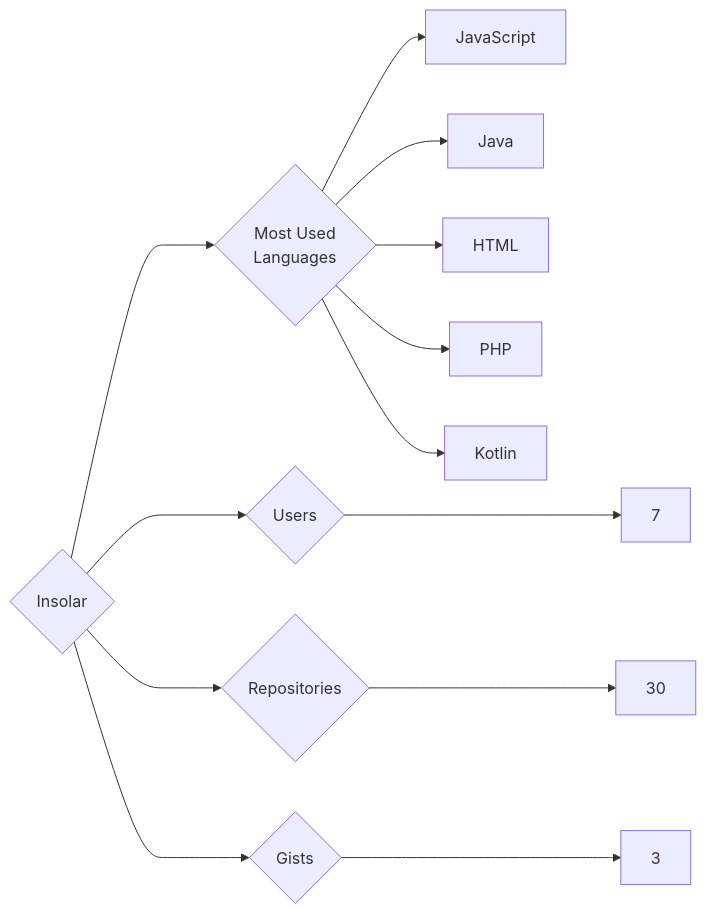
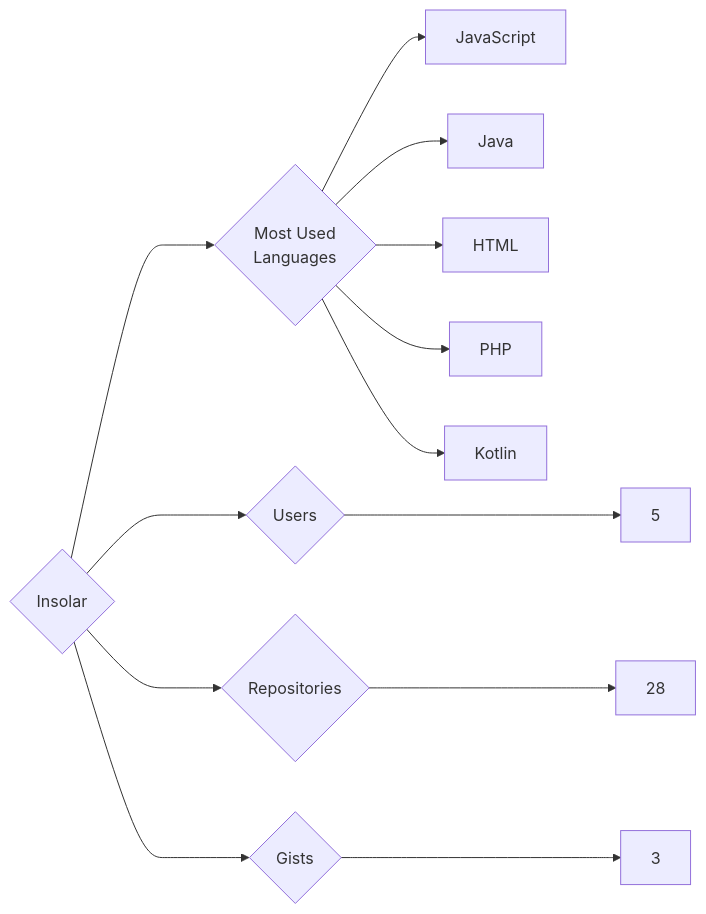
One commit to trickest/insiders changed the diagram in targets/Insolar/README.md. Above: the diagram before and after it, drawn with Mermaid. The commit also changed 1078 other files, not shown here.

````diff
--- a/targets/Insolar/README.md
+++ b/targets/Insolar/README.md
@@ -3,13 +3,13 @@
 ```mermaid
 graph LR
 COMPANY_NAME{Insolar}
-COMPANY_NAME ---> U{Users} ---> UN[7]
-COMPANY_NAME ---> R{Repositories} ---> RN[30]
+COMPANY_NAME ---> U{Users} ---> UN[5]
+COMPANY_NAME ---> R{Repositories} ---> RN[28]
 COMPANY_NAME ---> G{Gists} ---> GN[3]
 COMPANY_NAME ---> ML{Most Used<br>Languages}
 ML --> JavaScript[JavaScript]
 ML --> Java[Java]
 ML --> HTML[HTML]
 ML --> PHP[PHP]
 ML --> Kotlin[Kotlin]
 ```
````
